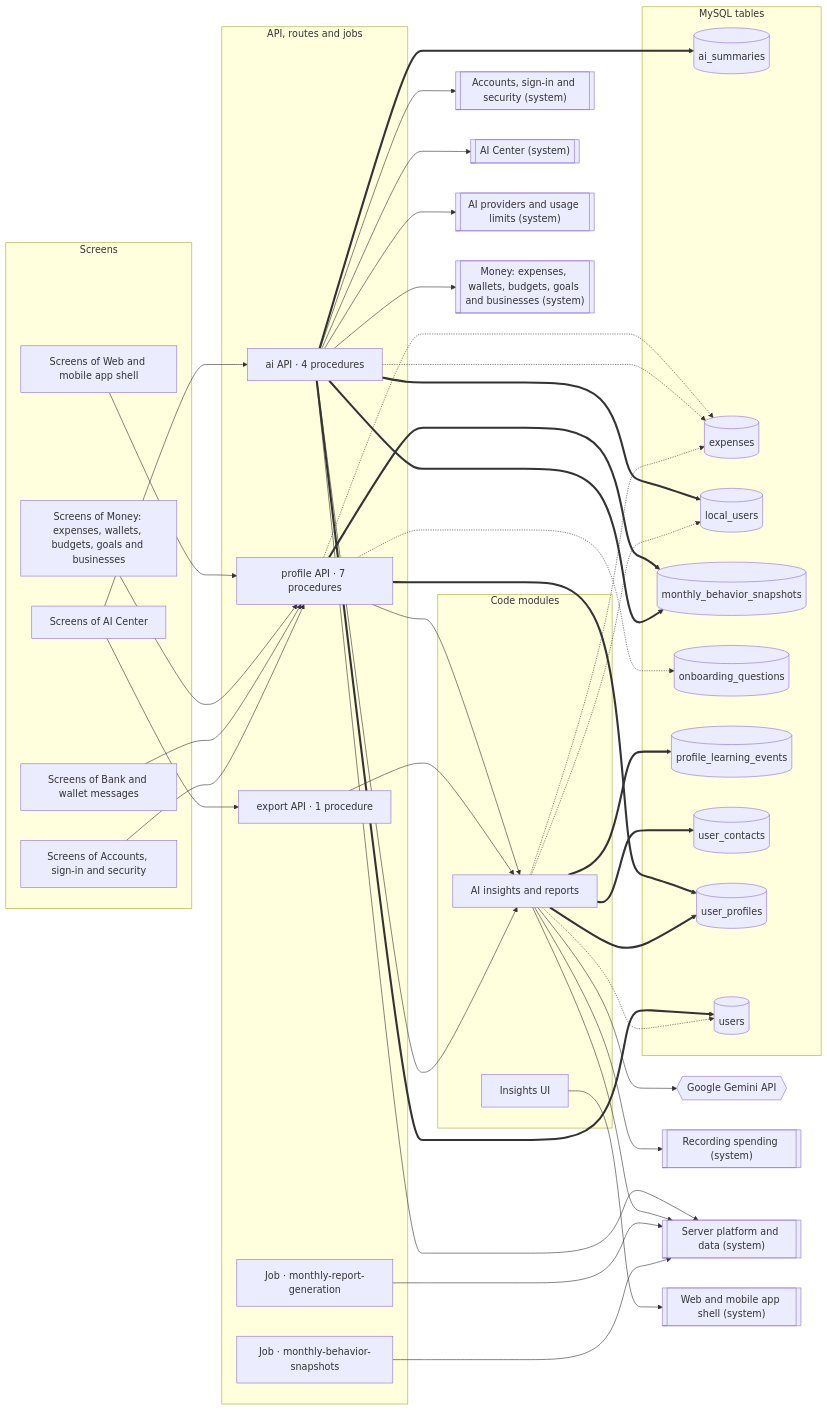
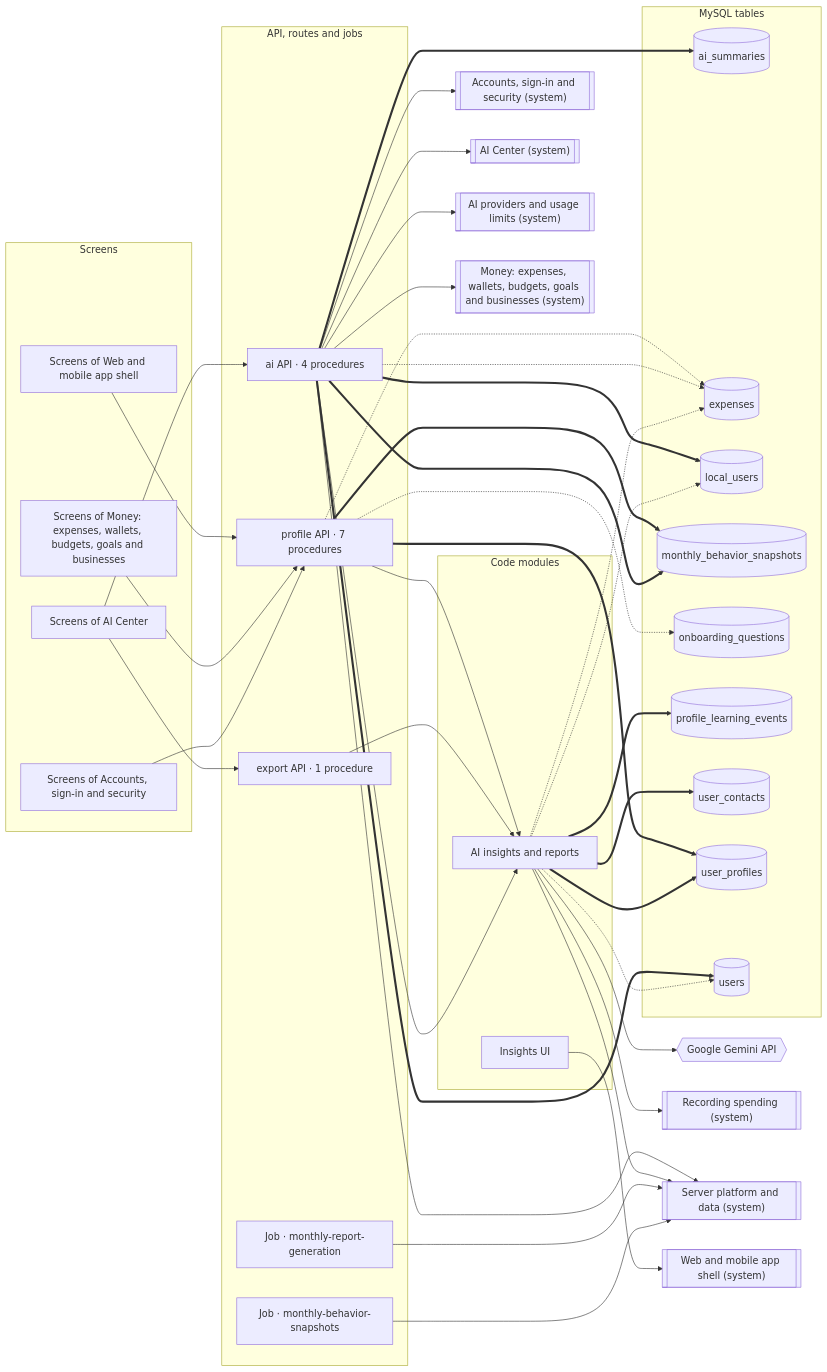
One commit to mahmoudtaherr111/smartspend_mini_all changed the diagram in docs/atlas/systems/insights.md. Above: the diagram before and after it, drawn with Mermaid. The commit also changed other lines of this file and 62 other files, not shown here.

First line of the commit message:
refactor(web): remove the old bank-sync screens

````diff
--- a/docs/atlas/systems/insights.md
+++ b/docs/atlas/systems/insights.md
@@ -13,75 +13,73 @@
 ```mermaid
 flowchart LR
   subgraph g_screens["Screens"]
     screens_accounts["Screens of Accounts, sign-in and security"]
     screens_ai_center["Screens of AI Center"]
-    screens_bank_messages["Screens of Bank and wallet messages"]
     screens_money["Screens of Money: expenses, wallets, budgets, goals and businesses"]
     screens_web_app["Screens of Web and mobile app shell"]
   end
   subgraph g_api["API, routes and jobs"]
     job_monthly_behavior_snapshots["Job · monthly-behavior-snapshots"]
     job_monthly_report_generation["Job · monthly-report-generation"]
     router_ai["ai API · 4 procedures"]
     router_export["export API · 1 procedure"]
     router_profile["profile API · 7 procedures"]
   end
   subgraph g_modules["Code modules"]
     mod_ai_insights["AI insights and reports"]
     mod_web_insights["Insights UI"]
   end
   subgraph g_tables["MySQL tables"]
     tbl_ai_summaries[("ai_summaries")]
     tbl_expenses[("expenses")]
     tbl_local_users[("local_users")]
     tbl_monthly_behavior_snapshots[("monthly_behavior_snapshots")]
     tbl_onboarding_questions[("onboarding_questions")]
     tbl_profile_learning_events[("profile_learning_events")]
     tbl_user_contacts[("user_contacts")]
     tbl_user_profiles[("user_profiles")]
     tbl_users[("users")]
   end
   ext_gemini{{"Google Gemini API"}}
   sys_accounts[["Accounts, sign-in and security (system)"]]
   sys_ai_center[["AI Center (system)"]]
   sys_ai_platform[["AI providers and usage limits (system)"]]
   sys_expense_capture[["Recording spending (system)"]]
   sys_money[["Money: expenses, wallets, budgets, goals and businesses (system)"]]
   sys_platform[["Server platform and data (system)"]]
   sys_web_app[["Web and mobile app shell (system)"]]
   job_monthly_behavior_snapshots --> sys_platform
   job_monthly_report_generation --> sys_platform
   mod_ai_insights --> ext_gemini
   mod_ai_insights --> sys_expense_capture
   mod_ai_insights --> sys_platform
   mod_ai_insights -.-> tbl_expenses
   mod_ai_insights -.-> tbl_local_users
   mod_ai_insights -.-> tbl_users
   mod_ai_insights ==> tbl_profile_learning_events
   mod_ai_insights ==> tbl_user_contacts
   mod_ai_insights ==> tbl_user_profiles
   mod_web_insights --> sys_web_app
   router_ai --> mod_ai_insights
   router_ai --> sys_accounts
   router_ai --> sys_ai_center
   router_ai --> sys_ai_platform
   router_ai --> sys_money
   router_ai --> sys_platform
   router_ai -.-> tbl_expenses
   router_ai ==> tbl_ai_summaries
   router_ai ==> tbl_local_users
   router_ai ==> tbl_monthly_behavior_snapshots
   router_ai ==> tbl_users
   router_export --> mod_ai_insights
   router_profile --> mod_ai_insights
   router_profile -.-> tbl_expenses
   router_profile -.-> tbl_onboarding_questions
   router_profile ==> tbl_monthly_behavior_snapshots
   router_profile ==> tbl_user_profiles
   screens_accounts --> router_profile
   screens_ai_center --> router_ai
   screens_ai_center --> router_export
-  screens_bank_messages --> router_profile
   screens_money --> router_profile
   screens_web_app --> router_profile
 ```
````
